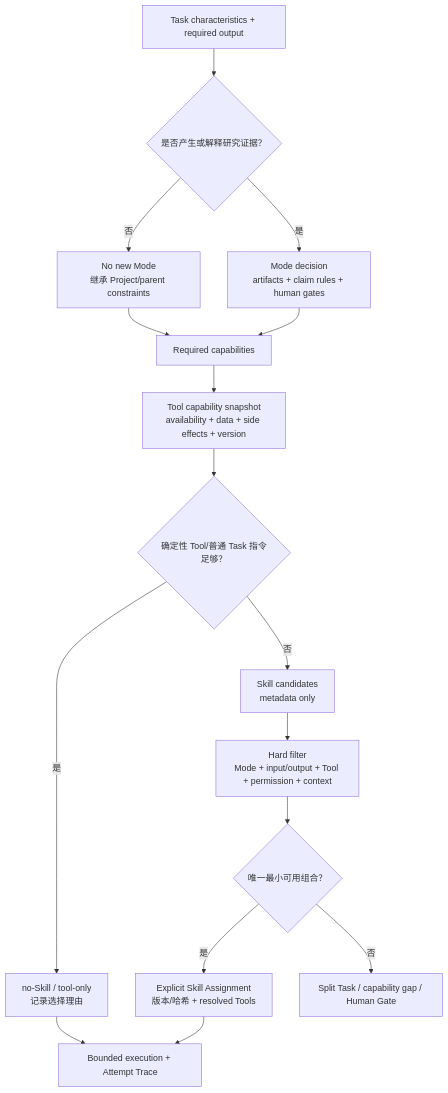
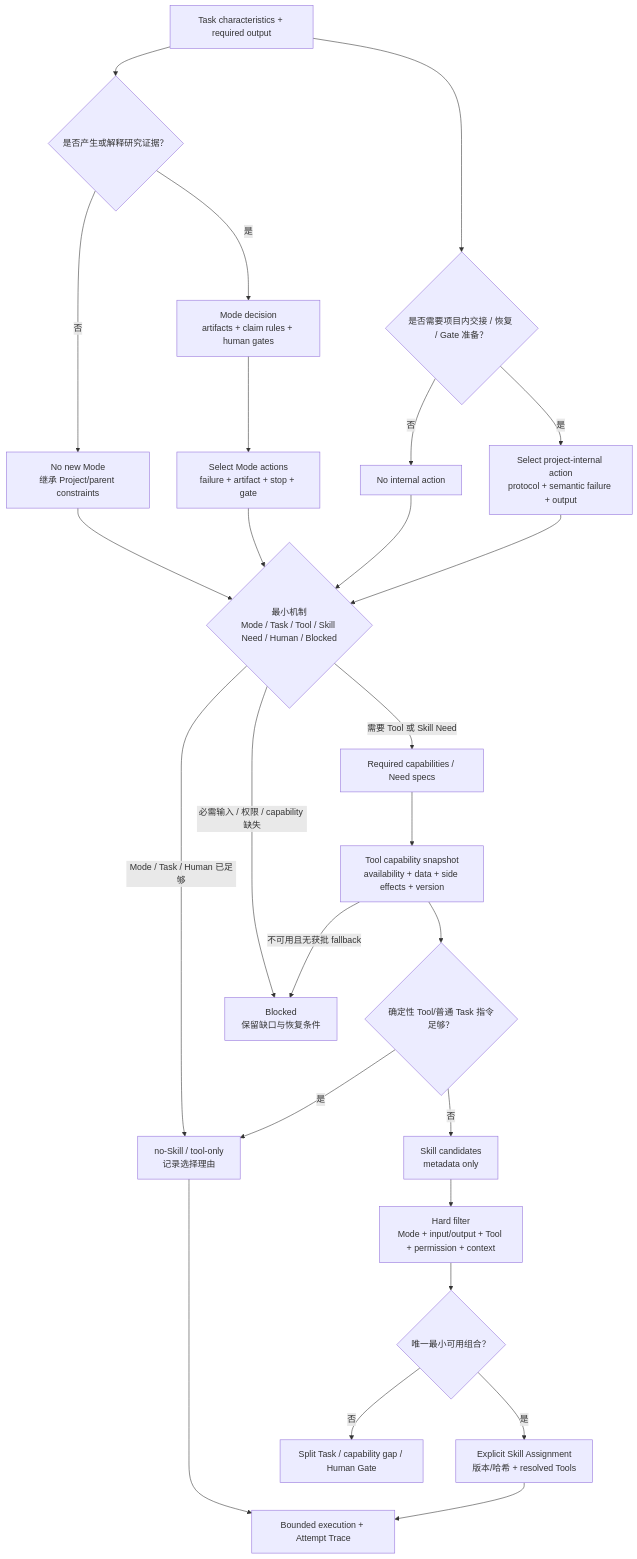
One commit to Chengyue-Lu/research-agent-workbench changed the diagram in docs/workstreams/chengyue-lu-mode-skill/MODE_SKILL_TOOL_ROUTING.md. Above: the diagram before and after it, drawn with Mermaid. The commit also changed other lines of this file and 16 other files, not shown here.

Commit message:
docs: plan mode-first and project-internal skills

````diff
--- a/docs/workstreams/chengyue-lu-mode-skill/MODE_SKILL_TOOL_ROUTING.md
+++ b/docs/workstreams/chengyue-lu-mode-skill/MODE_SKILL_TOOL_ROUTING.md
@@ -37,26 +39,40 @@
 ```mermaid
 flowchart TD
     T["Task characteristics + required output"]
     RQ{"是否产生或解释研究证据？"}
+    IQ{"是否需要项目内交接 / 恢复 / Gate 准备？"}
     NM["No new Mode\n继承 Project/parent constraints"]
     MD["Mode decision\nartifacts + claim rules + human gates"]
-    CP["Required capabilities"]
+    AC["Select Mode actions\nfailure + artifact + stop + gate"]
+    PA["Select project-internal action\nprotocol + semantic failure + output"]
+    NI["No internal action"]
+    MC{"最小机制\nMode / Task / Tool / Skill Need / Human / Blocked"}
+    CP["Required capabilities / Need specs"]
     TS["Tool capability snapshot\navailability + data + side effects + version"]
     DT{"确定性 Tool/普通 Task 指令足够？"}
     NS["no-Skill / tool-only\n记录选择理由"]
     SC["Skill candidates\nmetadata only"]
     HF["Hard filter\nMode + input/output + Tool + permission + context"]
     RS{"唯一最小可用组合？"}
     SA["Explicit Skill Assignment\n版本/哈希 + resolved Tools"]
     SP["Split Task / capability gap / Human Gate"]
+    BL["Blocked\n保留缺口与恢复条件"]
     EX["Bounded execution + Attempt Trace"]
 
     T --> RQ
-    RQ -->|"否"| NM --> CP
-    RQ -->|"是"| MD --> CP
+    T --> IQ
+    RQ -->|"否"| NM --> MC
+    RQ -->|"是"| MD --> AC
+    AC --> MC
+    IQ -->|"否"| NI --> MC
+    IQ -->|"是"| PA --> MC
+    MC -->|"必需输入 / 权限 / capability 缺失"| BL
+    MC -->|"Mode / Task / Human 已足够"| NS
+    MC -->|"需要 Tool 或 Skill Need"| CP
     CP --> TS --> DT
     DT -->|"是"| NS --> EX
     DT -->|"否"| SC --> HF --> RS
     RS -->|"是"| SA --> EX
     RS -->|"否"| SP
+    TS -->|"不可用且无获批 fallback"| BL
 ```
````
